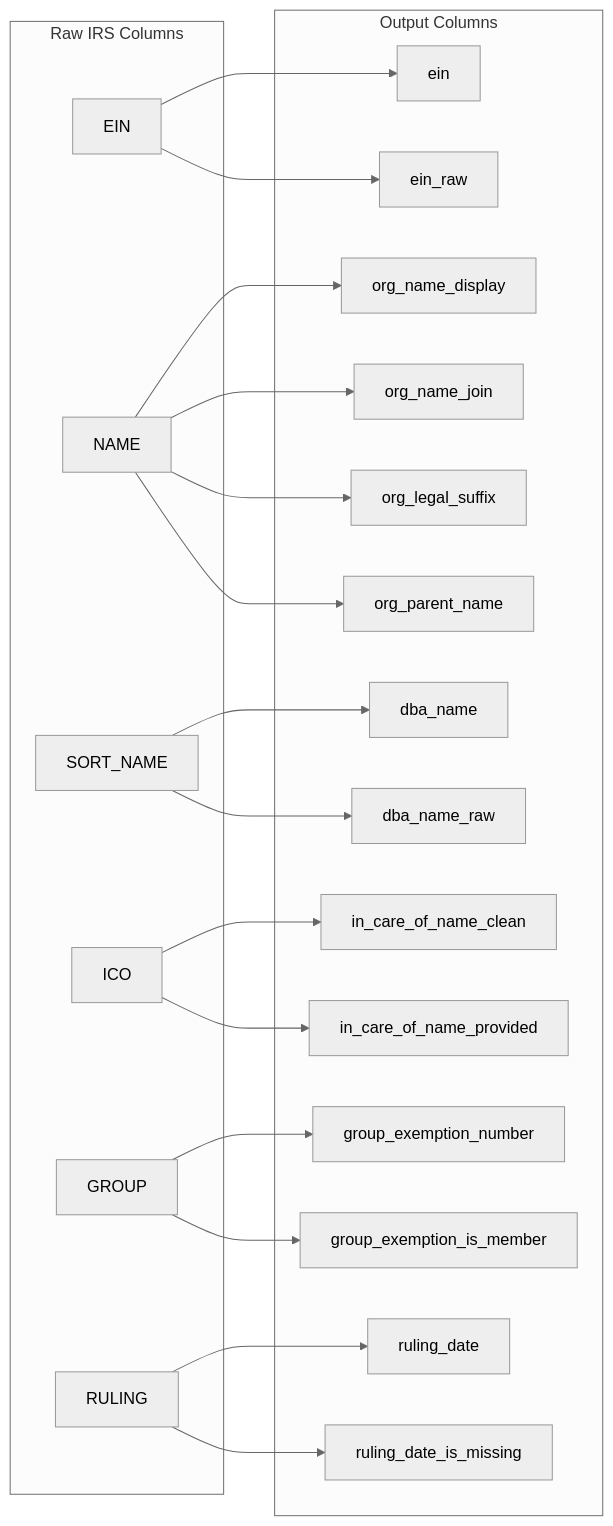
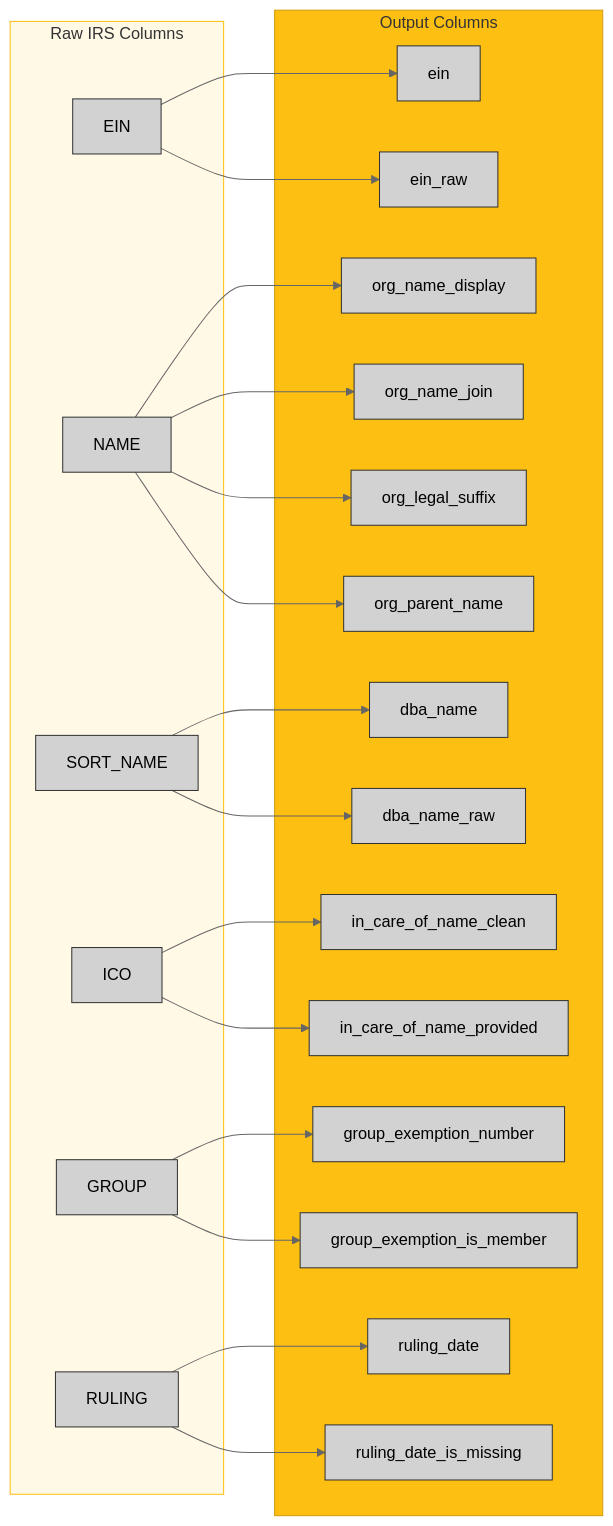
Before and after one commit to UrbanInstitute/nccs-data-bmf: the second of 10 diagrams in docs/02-data-lineage.qmd, drawn with Mermaid (neutral theme). The commit also changed other lines of this file, not shown here.

````diff
--- a/docs/02-data-lineage.qmd
+++ b/docs/02-data-lineage.qmd
@@ -58,43 +65,50 @@
 ```{mermaid}
+%%| fig-width: 10
+%%| fig-height: 6
 flowchart LR
-    subgraph Raw["Raw IRS Columns"]
+    classDef node fill:#d2d2d2,stroke:#333,color:#000
+
+    subgraph Raw[Raw IRS Columns]
         EIN_R[EIN]
         NAME_R[NAME]
         SORT_R[SORT_NAME]
         ICO_R[ICO]
         GROUP_R[GROUP]
         RULING_R[RULING]
     end
 
-    subgraph Output["Output Columns"]
+    subgraph Output[Output Columns]
         ein[ein]
         ein_raw[ein_raw]
         org_name[org_name_display]
         org_join[org_name_join]
         org_suffix[org_legal_suffix]
         org_parent[org_parent_name]
         dba[dba_name]
         dba_raw[dba_name_raw]
         ico[in_care_of_name_clean]
         ico_flag[in_care_of_name_provided]
         gen[group_exemption_number]
         gen_flag[group_exemption_is_member]
         ruling[ruling_date]
         ruling_flag[ruling_date_is_missing]
     end
 
     EIN_R --> ein
     EIN_R --> ein_raw
     NAME_R --> org_name
     NAME_R --> org_join
     NAME_R --> org_suffix
     NAME_R --> org_parent
     SORT_R --> dba
     SORT_R --> dba_raw
     ICO_R --> ico
     ICO_R --> ico_flag
     GROUP_R --> gen
     GROUP_R --> gen_flag
     RULING_R --> ruling
     RULING_R --> ruling_flag
+
+    style Raw fill:#fff9e6,stroke:#fdbf11
+    style Output fill:#fdbf11,stroke:#d19c0f
 ```
````
